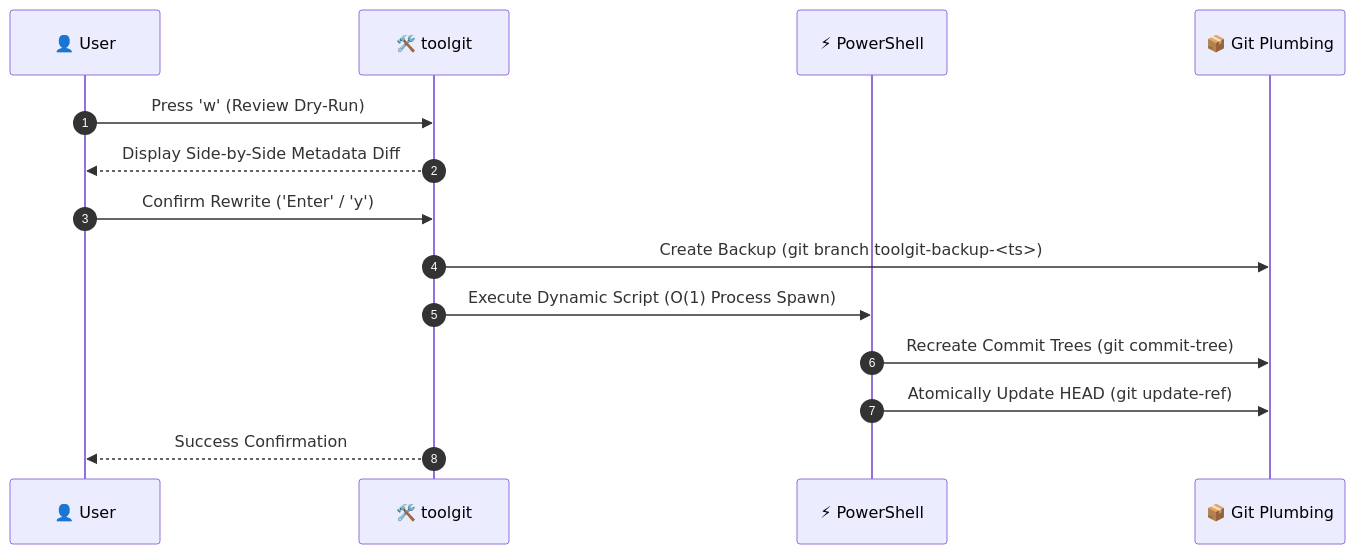
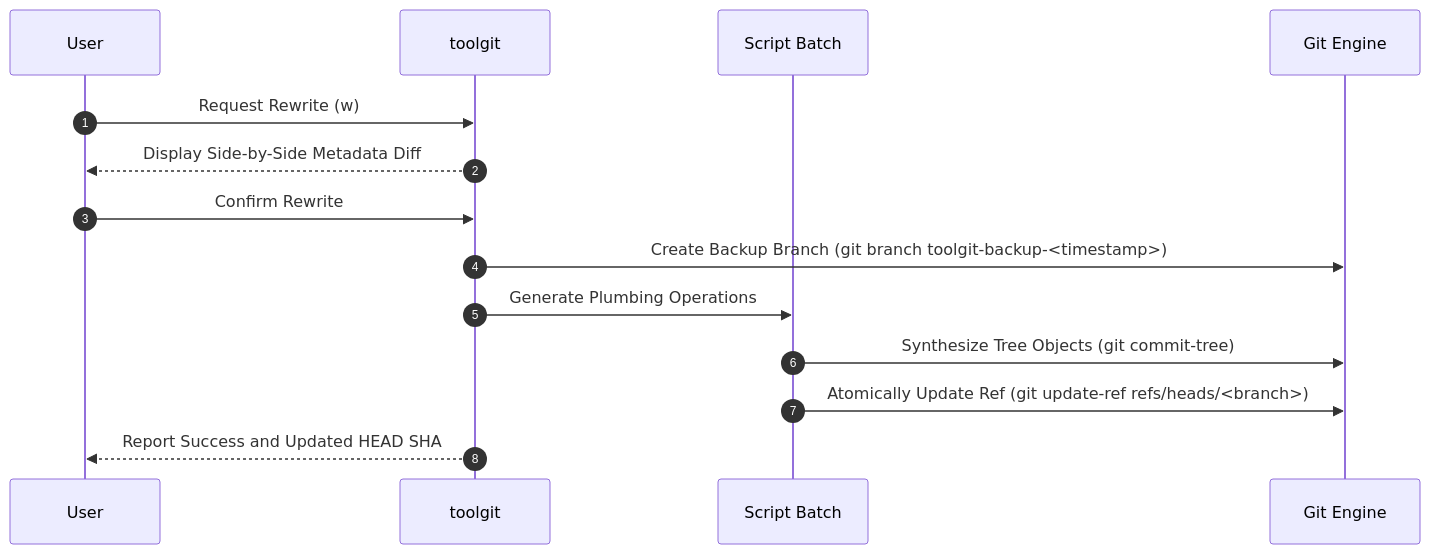
One commit to abhaysinh8/toolgit changed the diagram in README.md. Above: the diagram before and after it, drawn with Mermaid. The commit also changed other lines of this file and 1 other file, not shown here.

Commit message:
docs: streamline README and architecture guide to professional open-source standard

````diff
--- a/README.md
+++ b/README.md
@@ -138,17 +157,17 @@
 ```mermaid
 sequenceDiagram
     autonumber
-    participant User as 👤 User
-    participant Tool as 🛠️ toolgit
-    participant PS as ⚡ PowerShell
-    participant Git as 📦 Git Plumbing
+    participant User as User
+    participant Tool as toolgit
+    participant Engine as Script Batch
+    participant Git as Git Engine
 
-    User->>Tool: Press 'w' (Review Dry-Run)
+    User->>Tool: Request Rewrite (w)
     Tool-->>User: Display Side-by-Side Metadata Diff
-    User->>Tool: Confirm Rewrite ('Enter' / 'y')
-    Tool->>Git: Create Backup (git branch toolgit-backup-<ts>)
-    Tool->>PS: Execute Dynamic Script (O(1) Process Spawn)
-    PS->>Git: Recreate Commit Trees (git commit-tree)
-    PS->>Git: Atomically Update HEAD (git update-ref)
-    Tool-->>User: Success Confirmation
+    User->>Tool: Confirm Rewrite
+    Tool->>Git: Create Backup Branch (git branch toolgit-backup-<timestamp>)
+    Tool->>Engine: Generate Plumbing Operations
+    Engine->>Git: Synthesize Tree Objects (git commit-tree)
+    Engine->>Git: Atomically Update Ref (git update-ref refs/heads/<branch>)
+    Tool-->>User: Report Success and Updated HEAD SHA
 ```
````
